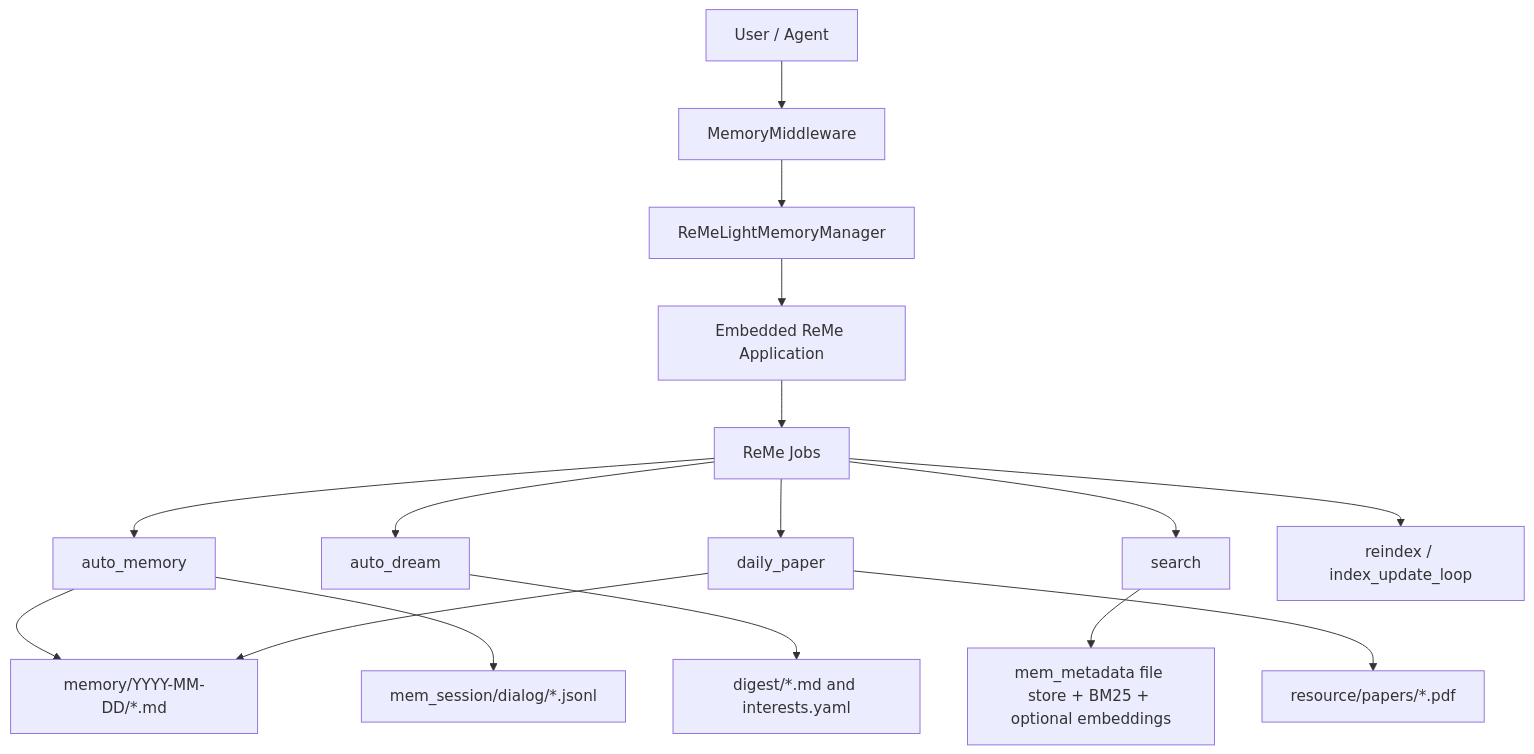
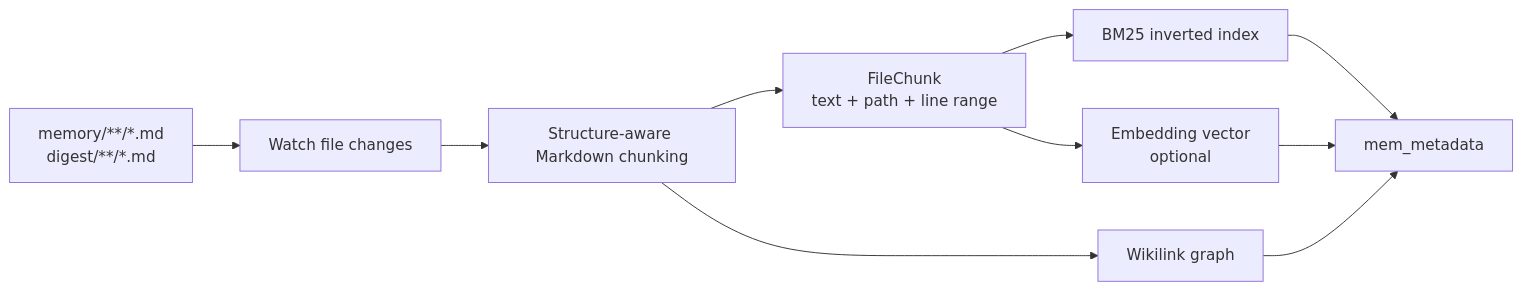
The third of 3 diagrams in website/public/docs/memory.en.md (1105623876/QwenPaw), drawn with Mermaid before and after one commit. The commit also changed other lines of this file and 13 other files, not shown here.

First line of the commit message:
docs(memory): add embedding model configuration guide (#6771)

````diff
--- a/website/public/docs/memory.en.md
+++ b/website/public/docs/memory.en.md
@@ -24,18 +329,12 @@
 ```mermaid
-graph TB
-    User[User / Agent] --> Middleware[MemoryMiddleware]
-    Middleware --> Manager[ReMeLightMemoryManager]
-    Manager --> ReMe[Embedded ReMe Application]
-    ReMe --> Jobs[ReMe Jobs]
-    Jobs --> AutoMemory[auto_memory]
-    Jobs --> AutoDream[auto_dream]
-    Jobs --> Search[search]
-    Jobs --> DailyPaper[daily_paper]
-    Jobs --> Reindex[reindex / index_update_loop]
-    AutoMemory --> Daily[memory/YYYY-MM-DD/*.md]
-    AutoMemory --> Session[mem_session/dialog/*.jsonl]
-    AutoDream --> Digest[digest/*.md and interests.yaml]
-    DailyPaper --> ResourceDir[resource/papers/*.pdf]
-    DailyPaper --> Daily
-    Search --> Store[mem_metadata file store + BM25 + optional embeddings]
+flowchart LR
+    A[memory/**/*.md<br/>digest/**/*.md] --> B[Watch file changes]
+    B --> C[Structure-aware Markdown chunking]
+    C --> D[FileChunk<br/>text + path + line range]
+    D --> E[BM25 inverted index]
+    D --> F[Embedding vector<br/>optional]
+    C --> G[Wikilink graph]
+    E --> H[mem_metadata]
+    F --> H
+    G --> H
 ```
````
